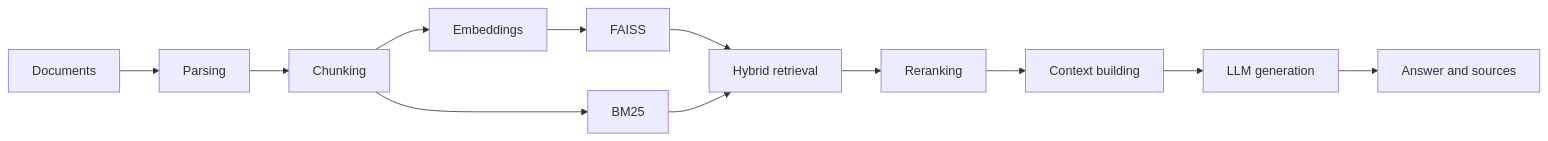
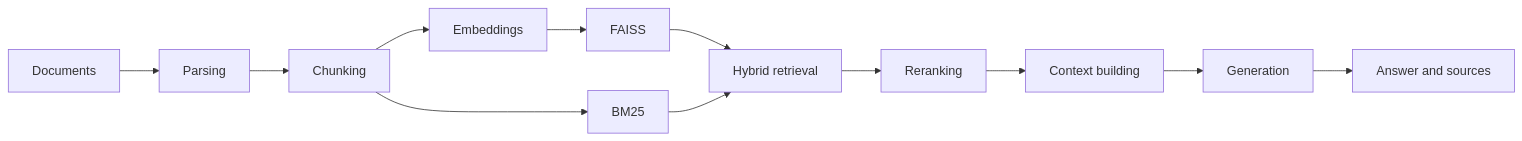
Before and after one commit to vipul21435/rag-eval-service: the diagram in README.md, drawn with Mermaid. The commit also changed other lines of this file and 45 other files, not shown here.

````diff
--- a/README.md
+++ b/README.md
@@ -52,14 +24,14 @@
 ```mermaid
 flowchart LR
     A[Documents] --> B[Parsing]
     B --> C[Chunking]
     C --> D[Embeddings]
     D --> E[FAISS]
     C --> F[BM25]
     E --> G[Hybrid retrieval]
     F --> G
     G --> H[Reranking]
     H --> I[Context building]
-    I --> J[LLM generation]
+    I --> J[Generation]
     J --> K[Answer and sources]
 ```
````
